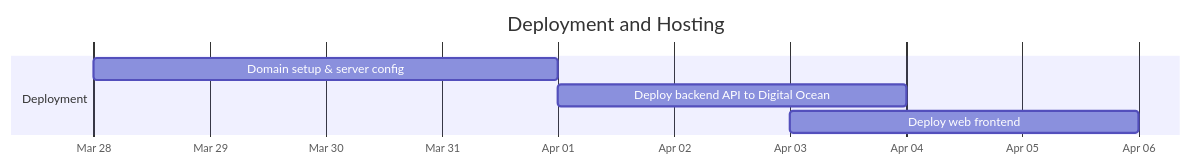
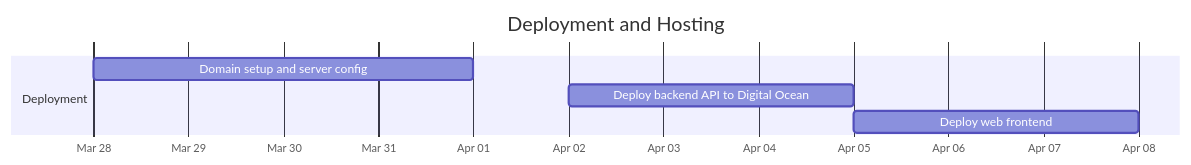
The fifth of 7 diagrams in GANTT.md (LuizGomes56/poosd_final_project), drawn with Mermaid before and after one commit. The commit also changed other lines of this file, not shown here.

Commit message:
updated gantt chart

````diff
--- a/GANTT.md
+++ b/GANTT.md
@@ -98,11 +122,11 @@
 ```mermaid
 gantt
     title Deployment and Hosting
     dateFormat  YYYY-MM-DD
     axisFormat  %b %d
 
     section Deployment
-    Domain setup & server config         : dep1, 2026-03-28, 2026-04-01
-    Deploy backend API to Digital Ocean  : dep2, 2026-04-01, 2026-04-04
-    Deploy web frontend                  : dep3, 2026-04-03, 2026-04-06
+    Domain setup and server config         : dep1, 2026-03-28, 2026-04-01
+    Deploy backend API to Digital Ocean    : dep2, 2026-04-02, 2026-04-05
+    Deploy web frontend                    : dep3, 2026-04-05, 2026-04-08
 ```
````
